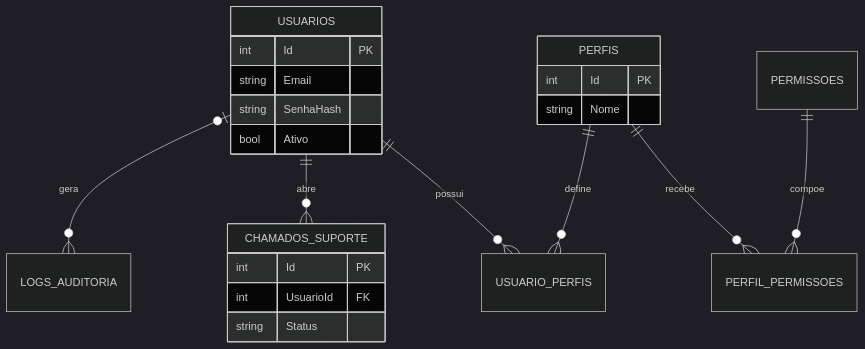
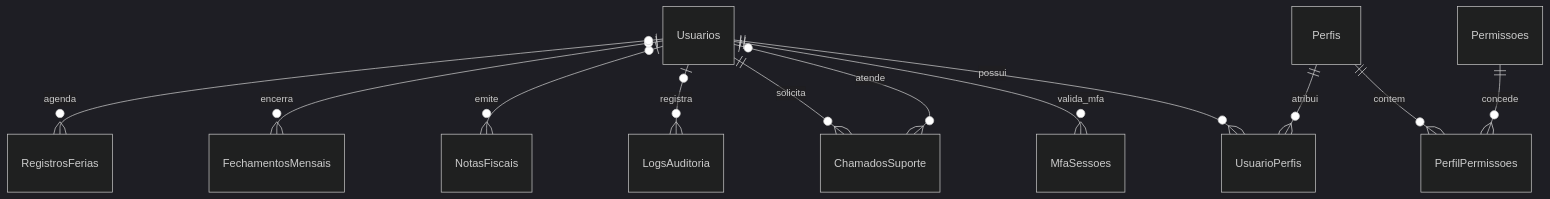
Before and after one commit to Kaaiske/PROJETO_PIMIV_CORVUX: the diagram in CorvusIAM/docs/mer.md, drawn with Mermaid (dark theme). The commit also changed other lines of this file and 20 other files, not shown here.

````diff
--- a/CorvusIAM/docs/mer.md
+++ b/CorvusIAM/docs/mer.md
@@ -3,21 +3,14 @@
 ```mermaid
 erDiagram
-    USUARIOS ||--o{ USUARIO_PERFIS : possui
-    PERFIS ||--o{ USUARIO_PERFIS : define
-    PERFIS ||--o{ PERFIL_PERMISSOES : recebe
-    PERMISSOES ||--o{ PERFIL_PERMISSOES : compoe
-    USUARIOS ||--o{ CHAMADOS_SUPORTE : abre
-    USUARIOS o|--o{ LOGS_AUDITORIA : gera
-    USUARIOS { int Id PK
-      string Email
-      string SenhaHash
-      bool Ativo
-    }
-    PERFIS { int Id PK
-      string Nome
-    }
-    CHAMADOS_SUPORTE { int Id PK
-      int UsuarioId FK
-      string Status
-    }
+    Usuarios ||--o{ UsuarioPerfis : possui
+    Perfis ||--o{ UsuarioPerfis : atribui
+    Perfis ||--o{ PerfilPermissoes : contem
+    Permissoes ||--o{ PerfilPermissoes : concede
+    Usuarios ||--o{ MfaSessoes : valida_mfa
+    Usuarios ||--o{ ChamadosSuporte : solicita
+    Usuarios o|--o{ ChamadosSuporte : atende
+    Usuarios o|--o{ LogsAuditoria : registra
+    Usuarios o|--o{ NotasFiscais : emite
+    Usuarios o|--o{ FechamentosMensais : encerra
+    Usuarios o|--o{ RegistrosFerias : agenda
 ```
````
